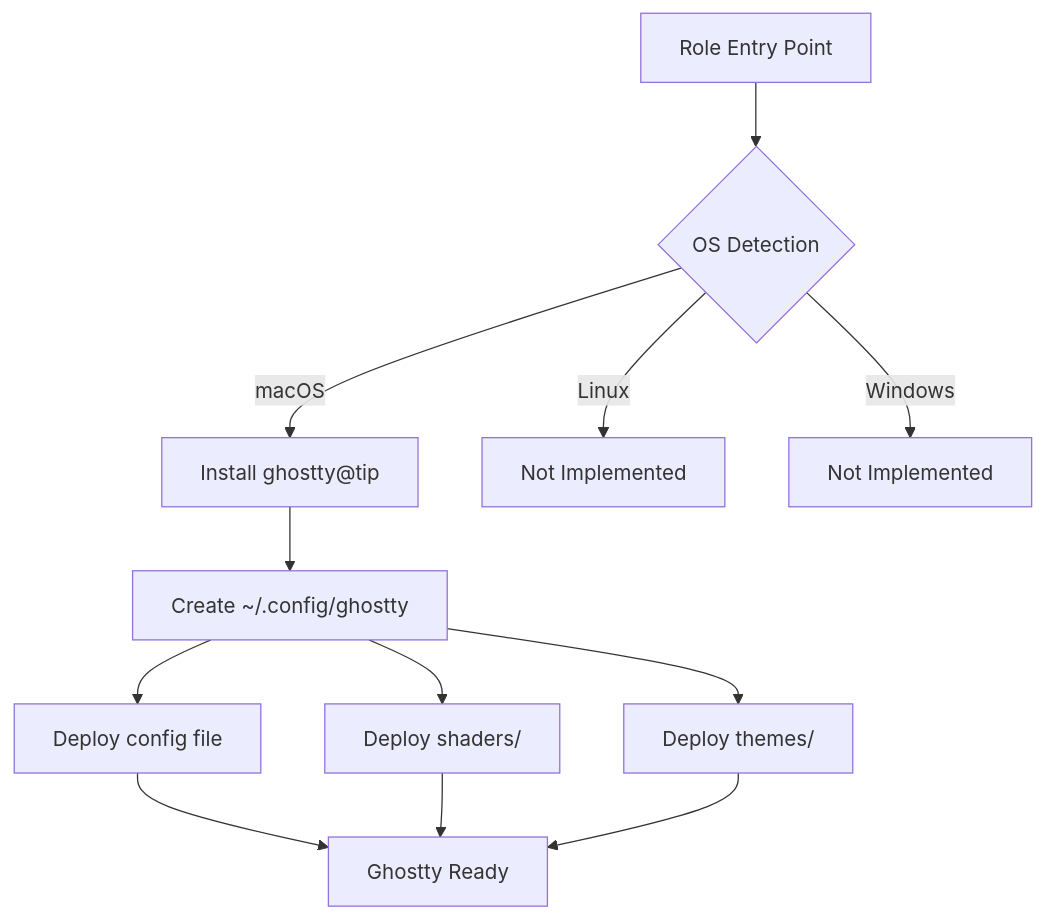
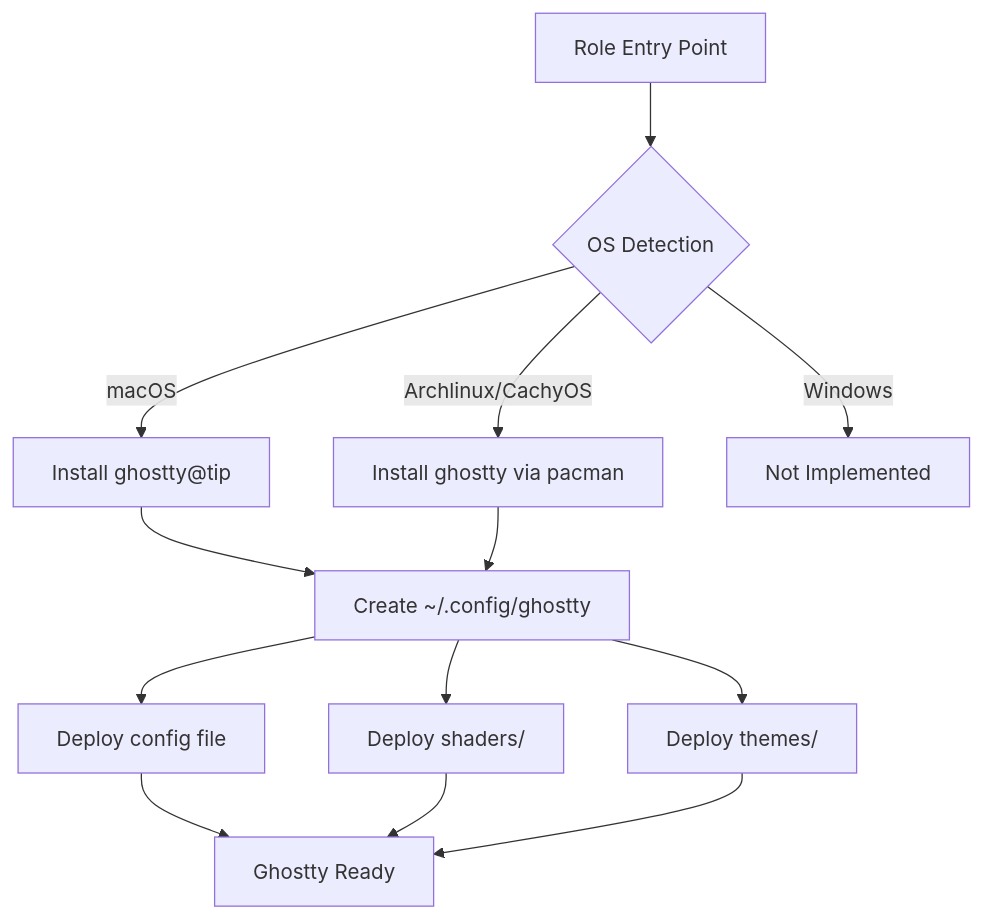
The diagram in dotfiles/roles/ghostty/README.md (uarslandev/infra), drawn with Mermaid before and after one commit. The commit also changed other lines of this file and 127 other files, not shown here.

````diff
--- a/dotfiles/roles/ghostty/README.md
+++ b/dotfiles/roles/ghostty/README.md
@@ -85,14 +86,15 @@
 ```mermaid
 graph TD
     A[Role Entry Point] --> B{OS Detection}
     B -->|macOS| C[Install ghostty@tip]
-    B -->|Linux| D[Not Implemented]
+    B -->|Archlinux/CachyOS| D[Install ghostty via pacman]
     B -->|Windows| E[Not Implemented]
     C --> F[Create ~/.config/ghostty]
+    D --> F
     F --> G[Deploy config file]
     F --> H[Deploy shaders/]
     F --> I[Deploy themes/]
     G --> J[Ghostty Ready]
     H --> J
     I --> J
 ```
````
